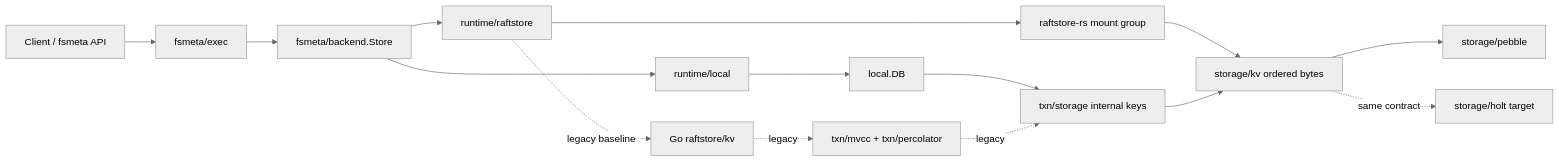
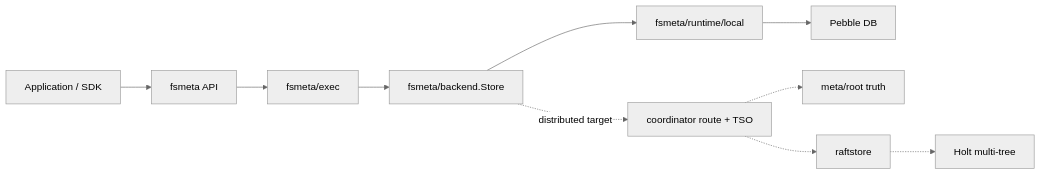
One commit to feichai0017/NoKV changed the diagram in docs/guide/architecture.md. Above: the diagram before and after it, drawn with Mermaid (neutral theme). The commit also changed other lines of this file and 609 other files, not shown here.

````diff
--- a/docs/guide/architecture.md
+++ b/docs/guide/architecture.md
@@ -73,15 +38,12 @@
 ```mermaid
 flowchart LR
-    Client["Client / fsmeta API"] --> Exec["fsmeta/exec"]
+    Client["Application / SDK"] --> API["fsmeta API"]
+    API --> Exec["fsmeta/exec"]
     Exec --> Backend["fsmeta/backend.Store"]
-    Backend --> Local["runtime/local"] --> LocalDB["local.DB"]
-    Backend --> Raft["runtime/raftstore"] --> RustRaft["raftstore-rs mount group"]
-    Raft -. "legacy baseline" .-> StoreKV["Go raftstore/kv"]
-    StoreKV -. "legacy" .-> Txn["txn/mvcc + txn/percolator"]
-    LocalDB --> MVCC["txn/storage internal keys"]
-    Txn -. "legacy" .-> MVCC
-    RustRaft --> KV
-    MVCC --> KV["storage/kv ordered bytes"]
-    KV --> Pebble["storage/pebble"]
-    KV -. "same contract" .-> Holt["storage/holt target"]
+    Backend --> Local["fsmeta/runtime/local"]
+    Local --> Pebble["Pebble DB"]
+    Backend -. "distributed target" .-> Coord["coordinator route + TSO"]
+    Coord -.-> Root["meta/root truth"]
+    Coord -.-> Rust["raftstore"]
+    Rust -.-> Holt["Holt multi-tree"]
 ```
````
